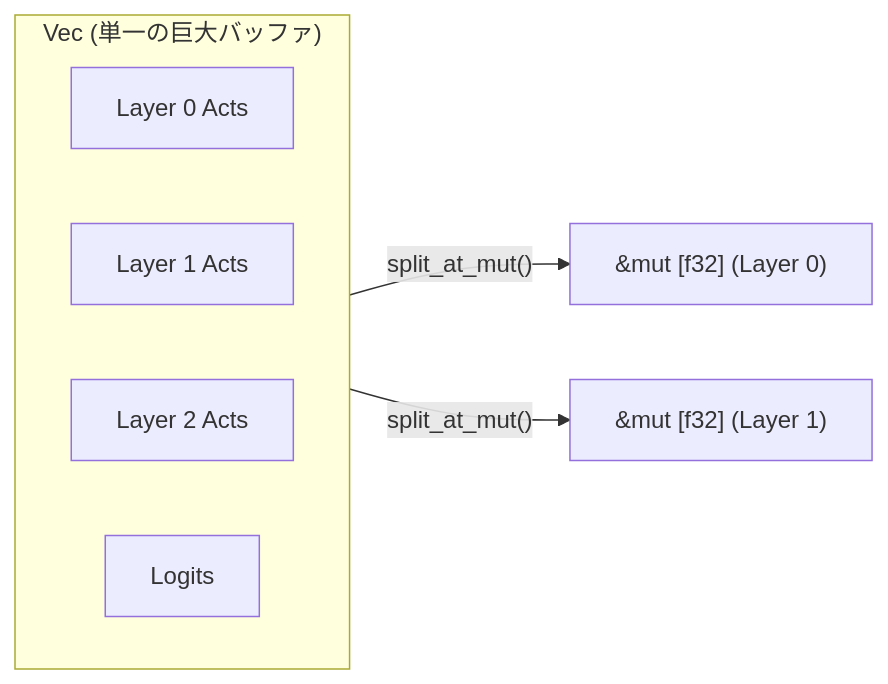
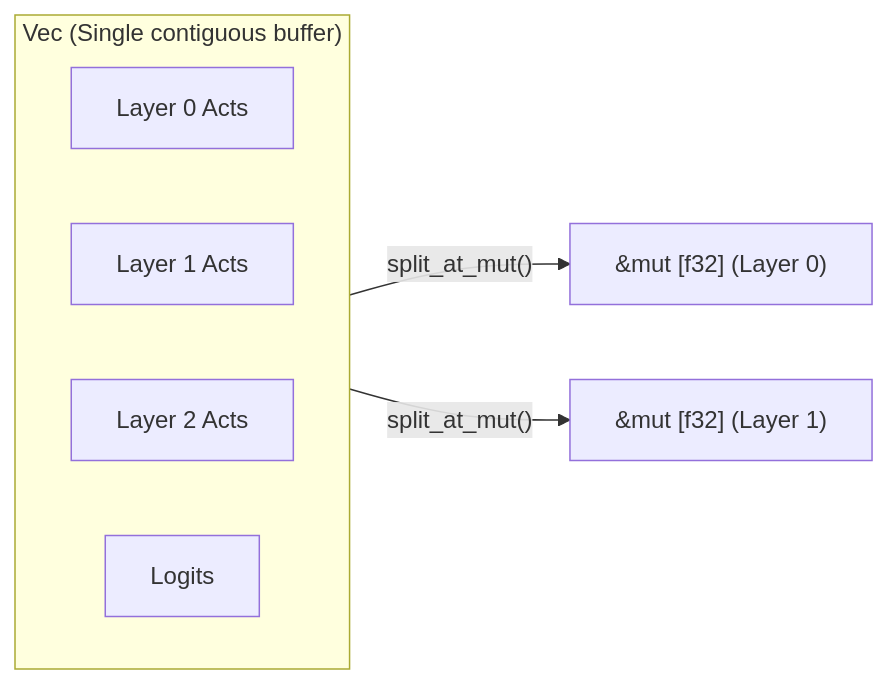
Before and after one commit to KazutoMakino/oniwa: the diagram in docs/03_rust_memory_model.md, drawn with Mermaid. The commit also changed other lines of this file and 45 other files, not shown here.

````diff
--- a/docs/03_rust_memory_model.md
+++ b/docs/03_rust_memory_model.md
@@ -26,13 +26,13 @@
 ```mermaid
 graph LR
-    subgraph Flat["Vec<f32> (単一の巨大バッファ)"]
+    subgraph Flat["Vec<f32> (Single contiguous buffer)"]
         direction LR
         B1["Layer 0 Acts"]
         B2["Layer 1 Acts"]
         B3["Layer 2 Acts"]
         B4["Logits"]
     end
 
     Flat -->|"split_at_mut()"| S1["&mut [f32] (Layer 0)"]
     Flat -->|"split_at_mut()"| S2["&mut [f32] (Layer 1)"]
 ```
````
